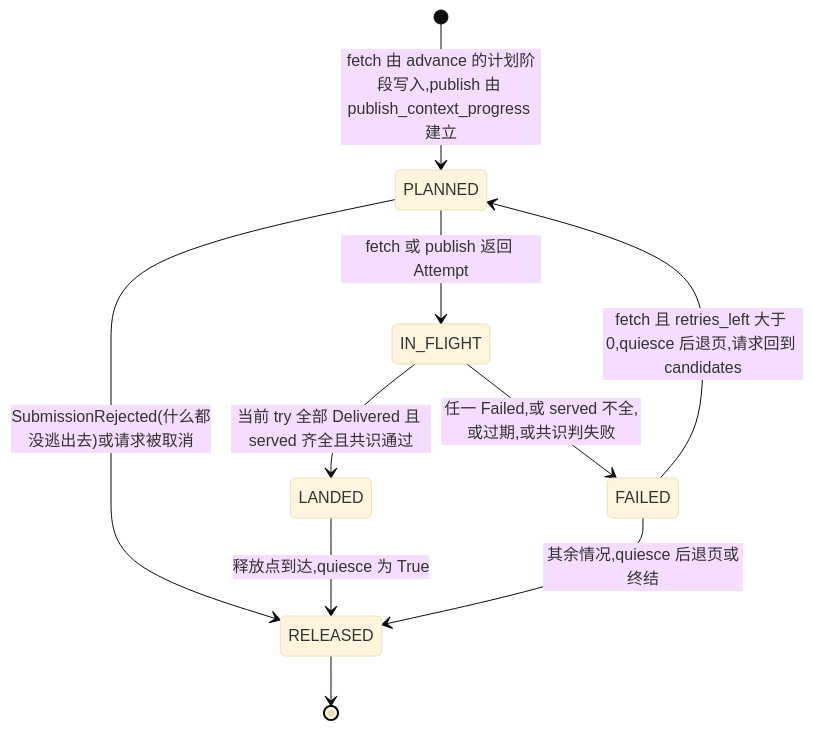
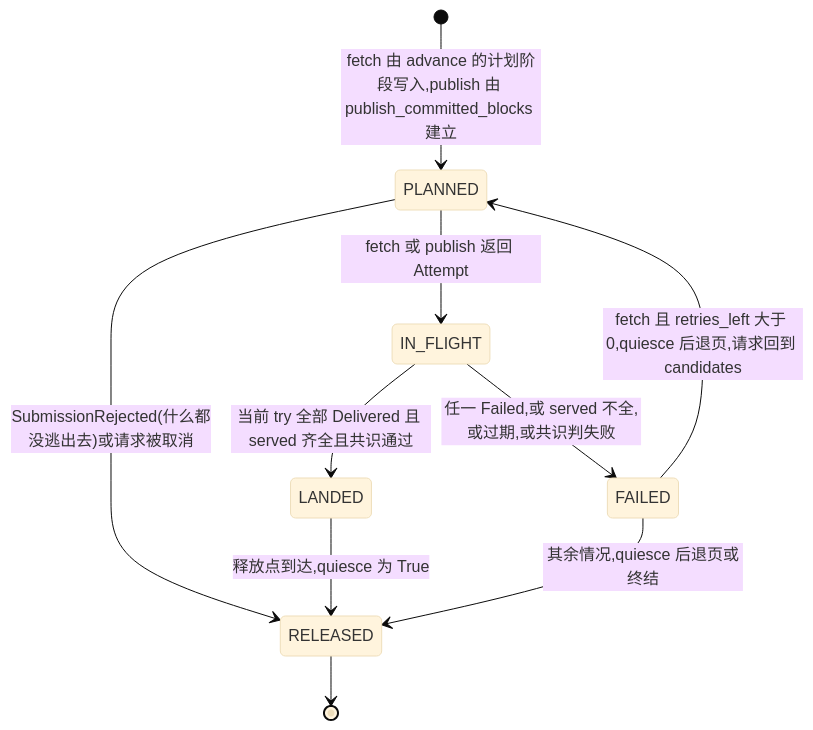
Before and after one commit to chuangz0/TensorRT-LLM: the fourth of 6 diagrams in docs/shared/KV_TRANSFER_COORDINATOR_DESIGN.zh.md, drawn with Mermaid (base theme). The commit also changed other lines of this file and 50 other files, not shown here.

````diff
--- a/docs/shared/KV_TRANSFER_COORDINATOR_DESIGN.zh.md
+++ b/docs/shared/KV_TRANSFER_COORDINATOR_DESIGN.zh.md
@@ -260,12 +260,12 @@
 ```mermaid
 stateDiagram-v2
-    [*] --> PLANNED: fetch 由 advance 的计划阶段写入,publish 由 publish_context_progress 建立
+    [*] --> PLANNED: fetch 由 advance 的计划阶段写入,publish 由 publish_committed_blocks 建立
     PLANNED --> IN_FLIGHT: fetch 或 publish 返回 Attempt
     PLANNED --> RELEASED: SubmissionRejected(什么都没逃出去)或请求被取消
     IN_FLIGHT --> LANDED: 当前 try 全部 Delivered 且 served 齐全且共识通过
     IN_FLIGHT --> FAILED: 任一 Failed,或 served 不全,或过期,或共识判失败
     LANDED --> RELEASED: 释放点到达,quiesce 为 True
     FAILED --> PLANNED: fetch 且 retries_left 大于 0,quiesce 后退页,请求回到 candidates
     FAILED --> RELEASED: 其余情况,quiesce 后退页或终结
     RELEASED --> [*]
 ```
````
